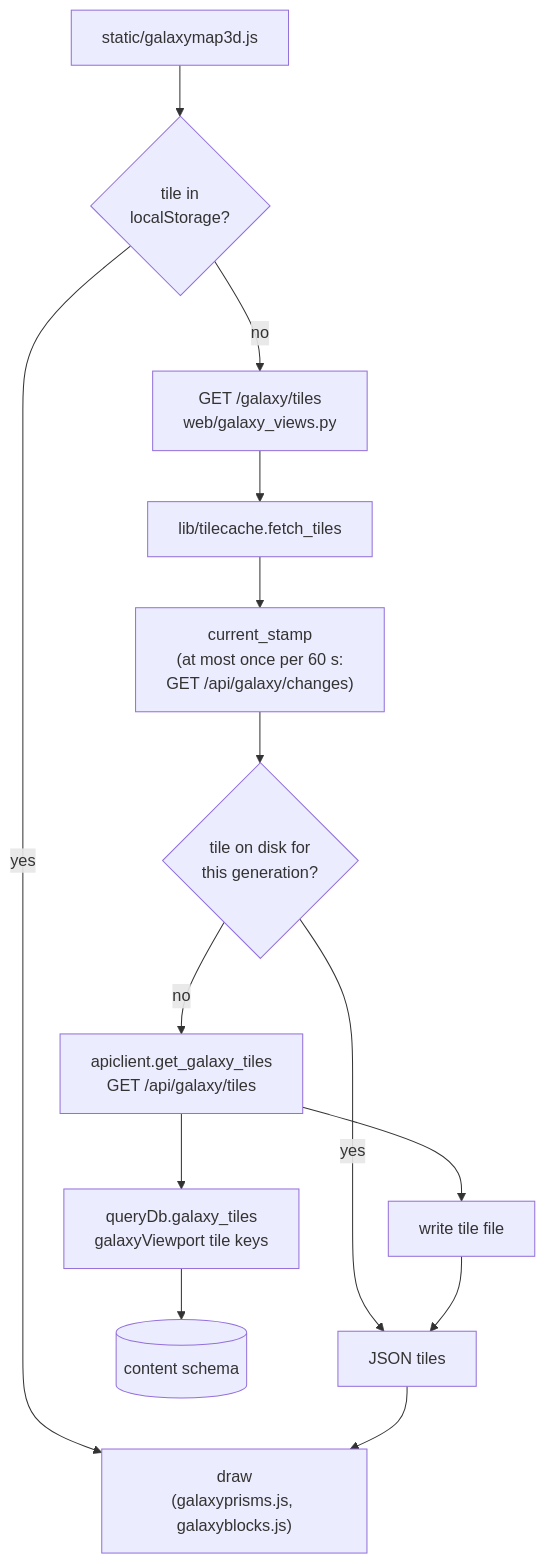
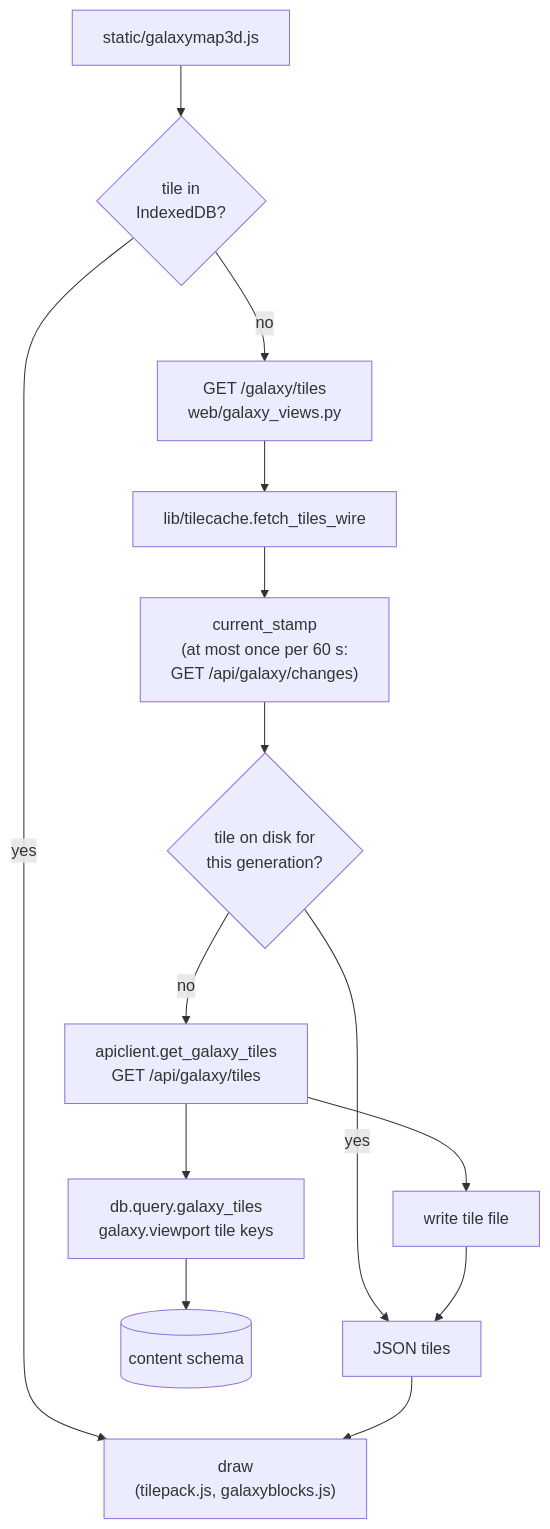
One commit to dwhagar/planetGen changed the sixth of 8 diagrams in docs/design/architecture.md. Above: the diagram before and after it, drawn with Mermaid. The commit also changed other lines of this file and 1 other file, not shown here.

First line of the commit message:
Rewrite the architecture document's code map and flows for the current code (DOC.27, DOC.28)

````diff
--- a/docs/design/architecture.md
+++ b/docs/design/architecture.md
@@ -668,16 +926,16 @@
 ```mermaid
 flowchart TD
-    JS["static/galaxymap3d.js"] --> LS{"tile in<br/>localStorage?"}
-    LS -->|"yes"| Draw["draw<br/>(galaxyprisms.js, galaxyblocks.js)"]
+    JS["static/galaxymap3d.js"] --> LS{"tile in<br/>IndexedDB?"}
+    LS -->|"yes"| Draw["draw<br/>(tilepack.js, galaxyblocks.js)"]
     LS -->|"no"| GT["GET /galaxy/tiles<br/>web/galaxy_views.py"]
-    GT --> TC["lib/tilecache.fetch_tiles"]
+    GT --> TC["lib/tilecache.fetch_tiles_wire"]
     TC --> Stamp["current_stamp<br/>(at most once per 60 s:<br/>GET /api/galaxy/changes)"]
     Stamp --> Disk{"tile on disk for<br/>this generation?"}
     Disk -->|"yes"| Out["JSON tiles"]
     Disk -->|"no"| API["apiclient.get_galaxy_tiles<br/>GET /api/galaxy/tiles"]
-    API --> QT["queryDb.galaxy_tiles<br/>galaxyViewport tile keys"]
+    API --> QT["db.query.galaxy_tiles<br/>galaxy.viewport tile keys"]
     QT --> DB[("content schema")]
     API --> Write["write tile file"]
     Write --> Out
     Out --> Draw
 ```
````
